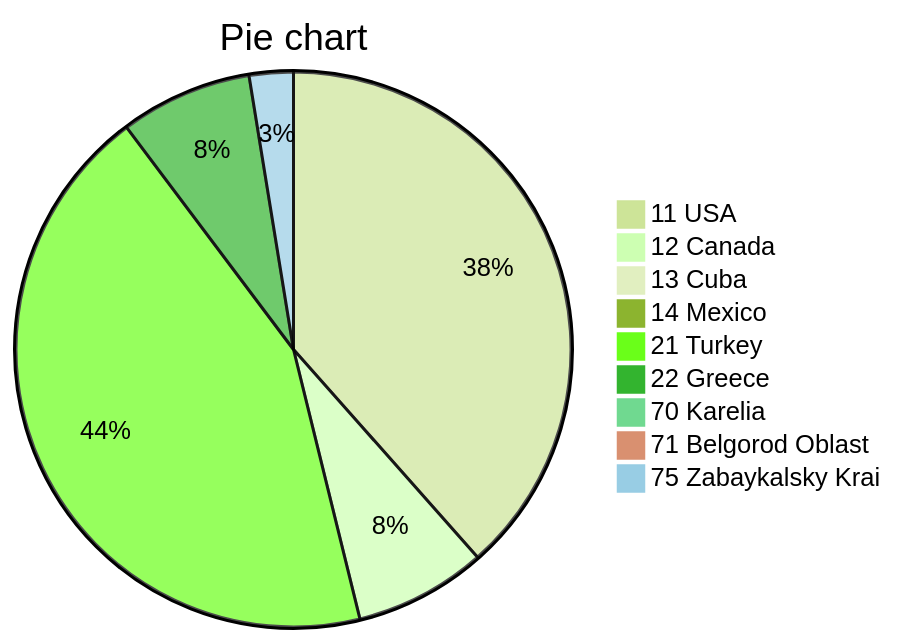
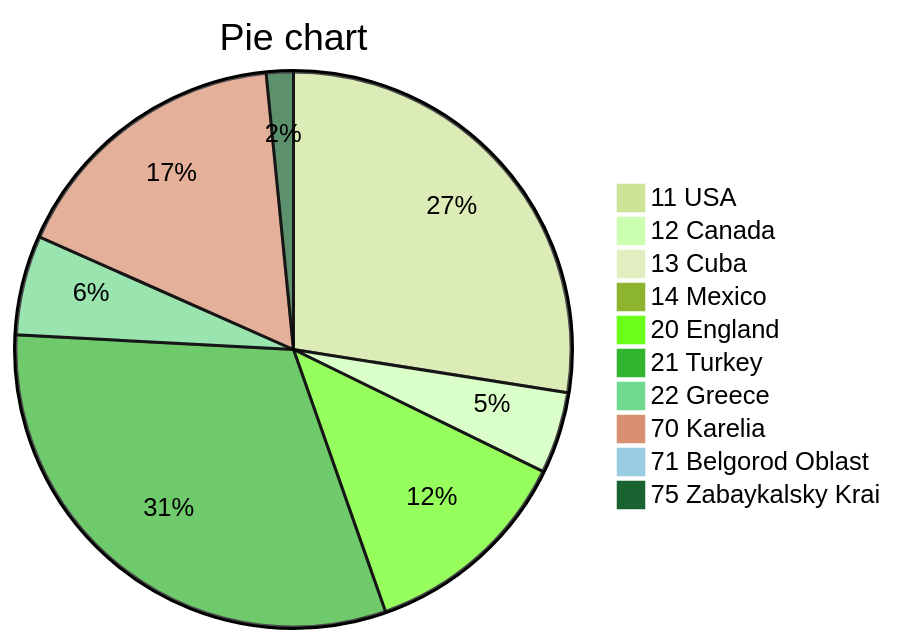
One commit to EvgenyVenalainen/jd-folders-tool changed the diagram in index.md. Above: the diagram before and after it, drawn with Mermaid (forest theme). The commit also changed other lines of this file and 11 other files, not shown here.

````diff
--- a/index.md
+++ b/index.md
@@ -97,12 +105,13 @@
 ```mermaid
 pie title Pie chart
-"11 USA" : 1.5
-"12 Canada" : 0.3
+"11 USA" : 1496.9
+"12 Canada" : 258.7
 "13 Cuba" : 0.0
-"14 Mexico" : 0.0
-"21 Turkey" : 1.7
-"22 Greece" : 0.3
-"70 Karelia" : 0.0
+"14 Mexico" : 35.2
+"20 England" : 674.6
+"21 Turkey" : 1699.8
+"22 Greece" : 315.6
+"70 Karelia" : 914.4
 "71 Belgorod Oblast" : 0.0
-"75 Zabaykalsky Krai" : 0.1
+"75 Zabaykalsky Krai" : 85.5
 ```
````
